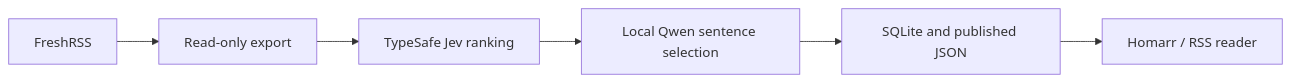
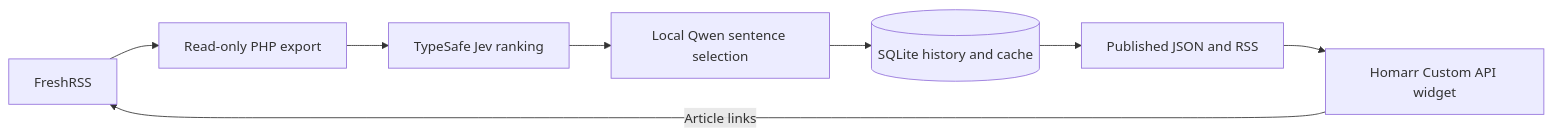
The diagram in projects/reading-brief/README.md (arviiyer/tamriel-homelab), drawn with Mermaid before and after one commit. The commit also changed other lines of this file and 34 other files, not shown here.

````diff
--- a/projects/reading-brief/README.md
+++ b/projects/reading-brief/README.md
@@ -15,8 +19,10 @@
 ```mermaid
 flowchart LR
-  F[FreshRSS] --> E[Read-only export]
+  F[FreshRSS] --> E[Read-only PHP export]
   E --> J[TypeSafe Jev ranking]
   J --> Q[Local Qwen sentence selection]
-  Q --> S[SQLite and published JSON]
-  S --> H[Homarr / RSS reader]
+  Q --> D[(SQLite history and cache)]
+  D --> P[Published JSON and RSS]
+  P --> H[Homarr Custom API widget]
+  H -->|Article links| F
 ```
````
